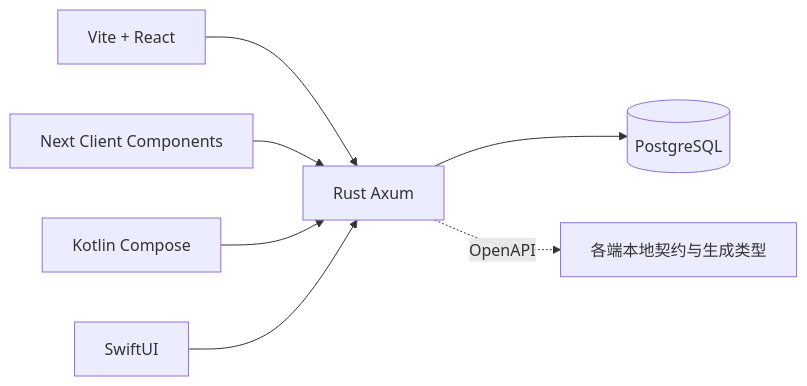
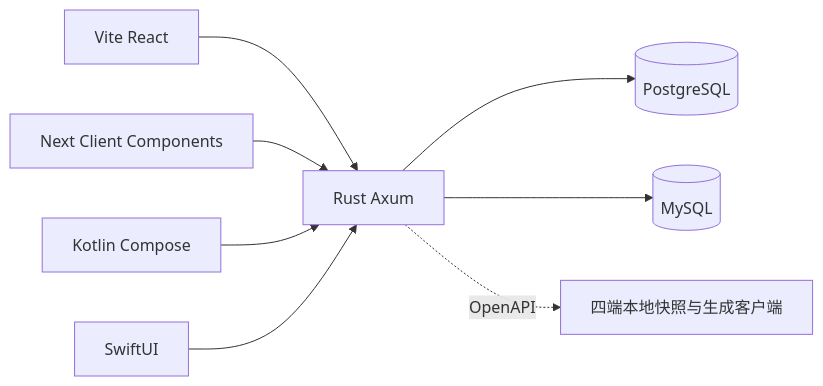
One commit to vadxq/ai-project-starter changed the diagram in docs/v0.1.0/architecture.md. Above: the diagram before and after it, drawn with Mermaid. The commit also changed other lines of this file and 241 other files, not shown here.

````diff
--- a/docs/v0.1.0/architecture.md
+++ b/docs/v0.1.0/architecture.md
@@ -9,9 +9,10 @@
 ```mermaid
 flowchart LR
-  SPA[Vite + React] --> API[Rust Axum]
+  SPA[Vite React] --> API[Rust Axum]
   NEXT[Next Client Components] --> API
   ANDROID[Kotlin Compose] --> API
   IOS[SwiftUI] --> API
-  API --> DB[(PostgreSQL)]
-  API -. OpenAPI .-> SDK[各端本地契约与生成类型]
+  API --> PG[(PostgreSQL)]
+  API --> MYSQL[(MySQL)]
+  API -. OpenAPI .-> SDK[四端本地快照与生成客户端]
 ```
````
